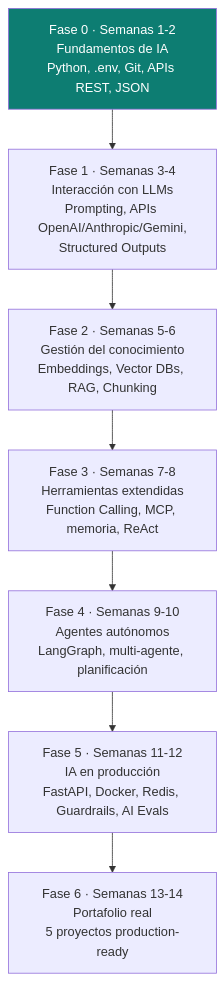
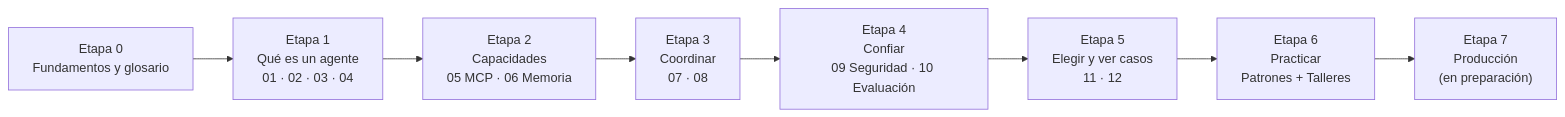
The diagram in ai-engineering/README.md (edzamo/software-engineering), drawn with Mermaid before and after one commit. The commit also changed other lines of this file and 36 other files, not shown here.

````diff
--- a/ai-engineering/README.md
+++ b/ai-engineering/README.md
@@ -47,14 +23,10 @@
 ```mermaid
-graph TB
-    F0["Fase 0 · Semanas 1-2<br/>Fundamentos de IA<br/>Python, .env, Git, APIs REST, JSON"]
-    F1["Fase 1 · Semanas 3-4<br/>Interacción con LLMs<br/>Prompting, APIs OpenAI/Anthropic/Gemini,<br/>Structured Outputs"]
-    F2["Fase 2 · Semanas 5-6<br/>Gestión del conocimiento<br/>Embeddings, Vector DBs, RAG, Chunking"]
-    F3["Fase 3 · Semanas 7-8<br/>Herramientas extendidas<br/>Function Calling, MCP, memoria, ReAct"]
-    F4["Fase 4 · Semanas 9-10<br/>Agentes autónomos<br/>LangGraph, multi-agente, planificación"]
-    F5["Fase 5 · Semanas 11-12<br/>IA en producción<br/>FastAPI, Docker, Redis, Guardrails, AI Evals"]
-    F6["Fase 6 · Semanas 13-14<br/>Portafolio real<br/>5 proyectos production-ready"]
-
-    F0 --> F1 --> F2 --> F3 --> F4 --> F5 --> F6
-
-    style F0 fill:#0d7d72,color:#fff
+graph LR
+    E0["Etapa 0<br/>Fundamentos y glosario"] --> E1["Etapa 1<br/>Qué es un agente<br/>01 · 02 · 03 · 04"]
+    E1 --> E2["Etapa 2<br/>Capacidades<br/>05 MCP · 06 Memoria"]
+    E2 --> E3["Etapa 3<br/>Coordinar<br/>07 · 08"]
+    E3 --> E4["Etapa 4<br/>Confiar<br/>09 Seguridad · 10 Evaluación"]
+    E4 --> E5["Etapa 5<br/>Elegir y ver casos<br/>11 · 12"]
+    E5 --> E6["Etapa 6<br/>Practicar<br/>Patrones + Talleres"]
+    E6 --> E7["Etapa 7<br/>Producción<br/>(en preparación)"]
 ```
````
